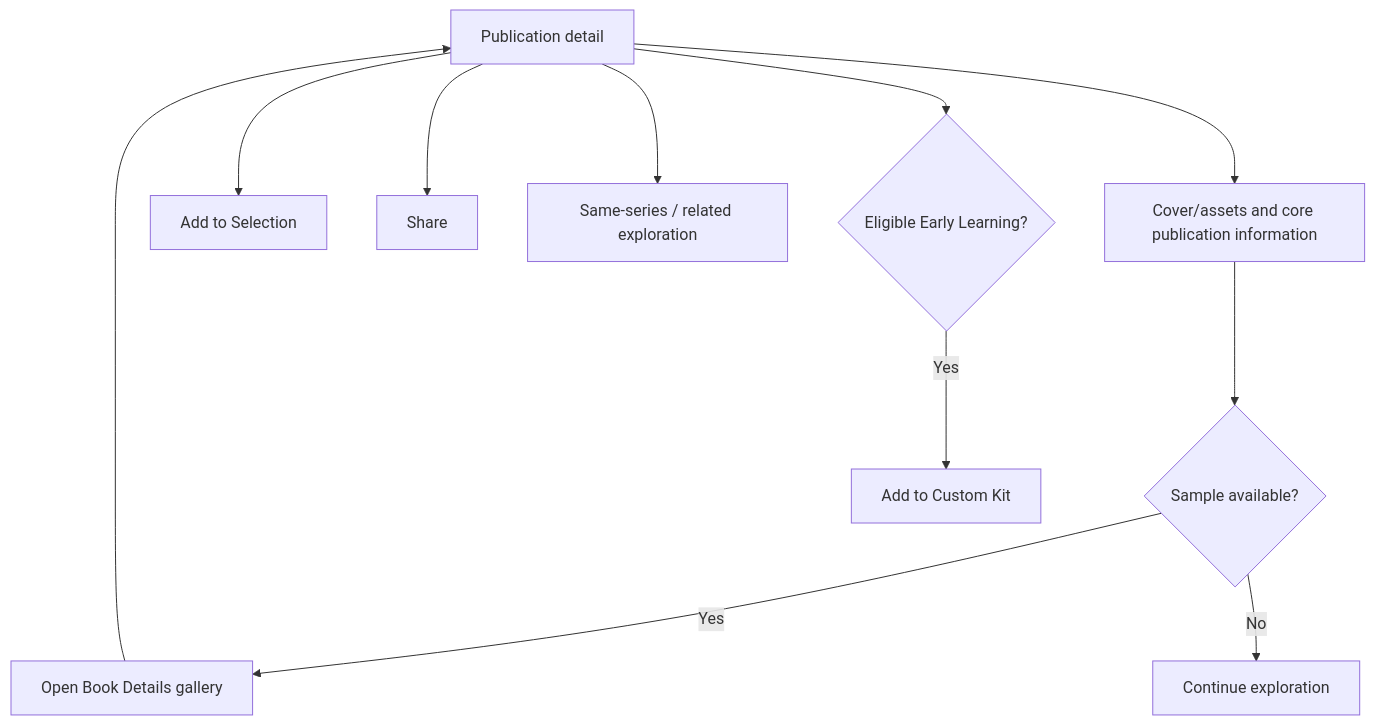
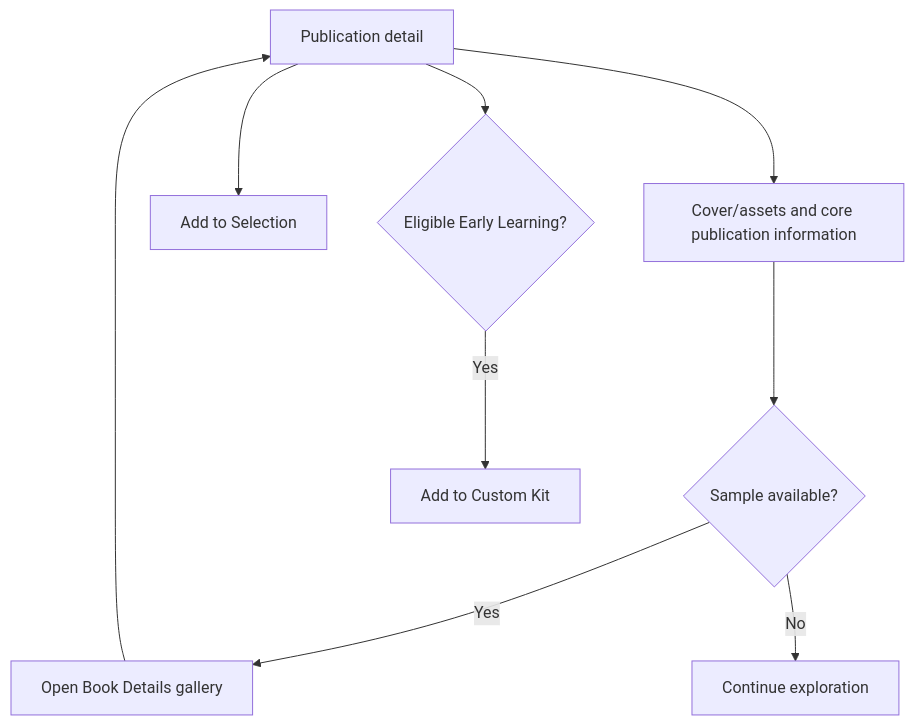
The third of 6 diagrams in docs/04-ui-ux-specification.md (cpcbooks/digital-catalogue), drawn with Mermaid before and after one commit. The commit also changed other lines of this file and 4 other files, not shown here.

````diff
--- a/docs/04-ui-ux-specification.md
+++ b/docs/04-ui-ux-specification.md
@@ -112,13 +112,11 @@
 ```mermaid
 flowchart TD
   D[Publication detail] --> A[Cover/assets and core publication information]
   A --> S{Sample available?}
   S -->|Yes| V[Open Book Details gallery]
   S -->|No| E[Continue exploration]
   V --> D
   D --> SEL[Add to Selection]
-  D --> SH[Share]
-  D --> REL[Same-series / related exploration]
   D --> KIT{Eligible Early Learning?}
   KIT -->|Yes| KB[Add to Custom Kit]
 ```
````
